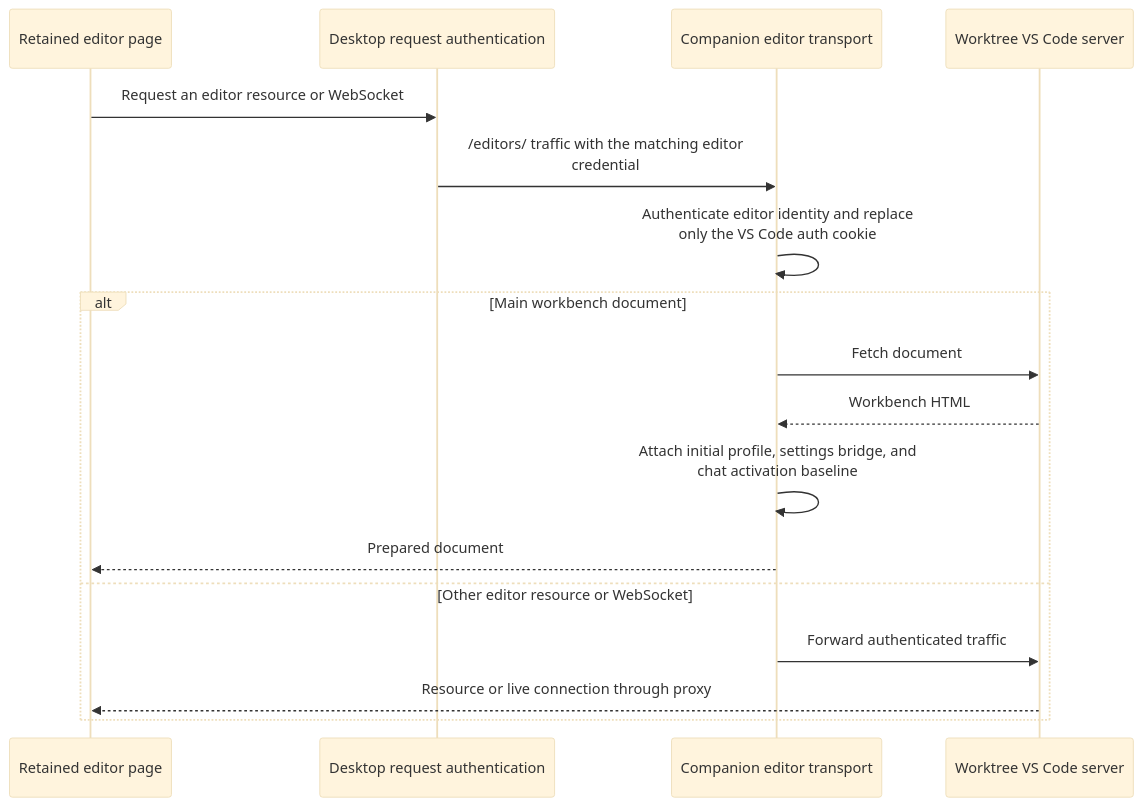
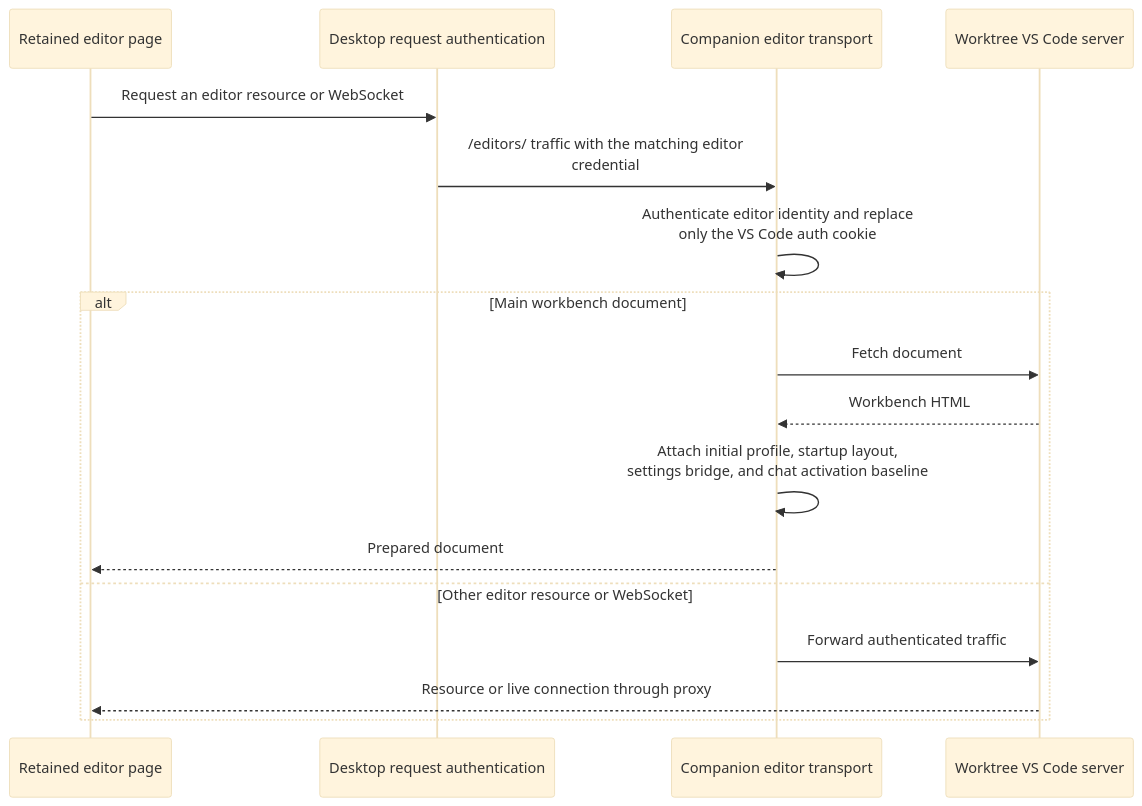
The fifth of 5 diagrams in workflows/editors.md (takeshibaconsuzuki/ade-overlay), drawn with Mermaid (base theme) before and after one commit. The commit also changed other lines of this file and 2 other files, not shown here.

Commit message:
Configure ADE editor startup sidebar layout

````diff
--- a/workflows/editors.md
+++ b/workflows/editors.md
@@ -82,19 +82,19 @@
 ```mermaid
 sequenceDiagram
     participant Page as Retained editor page
     participant Main as Desktop request authentication
     participant Proxy as Companion editor transport
     participant Code as Worktree VS Code server
     Page->>Main: Request an editor resource or WebSocket
     Main->>Proxy: /editors/ traffic with the matching editor<br/>credential
     Proxy->>Proxy: Authenticate editor identity and replace<br/>only the VS Code auth cookie
     alt Main workbench document
         Proxy->>Code: Fetch document
         Code-->>Proxy: Workbench HTML
-        Proxy->>Proxy: Attach initial profile, settings bridge, and<br/>chat activation baseline
+        Proxy->>Proxy: Attach initial profile, startup layout,<br/>settings bridge, and chat activation baseline
         Proxy-->>Page: Prepared document
     else Other editor resource or WebSocket
         Proxy->>Code: Forward authenticated traffic
         Code-->>Page: Resource or live connection through proxy
     end
 ```
````
